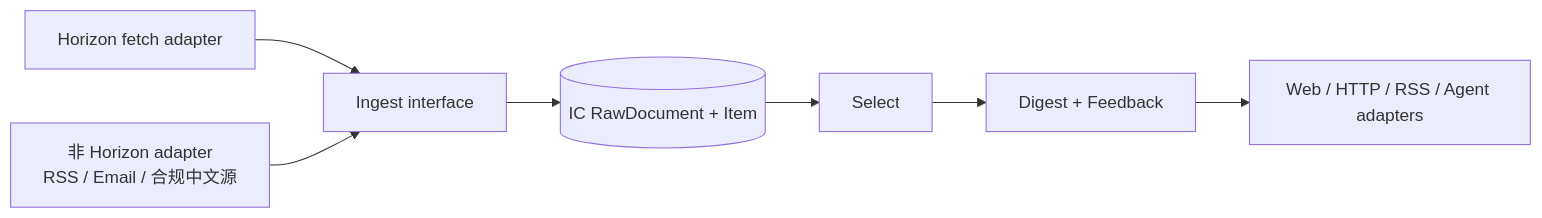
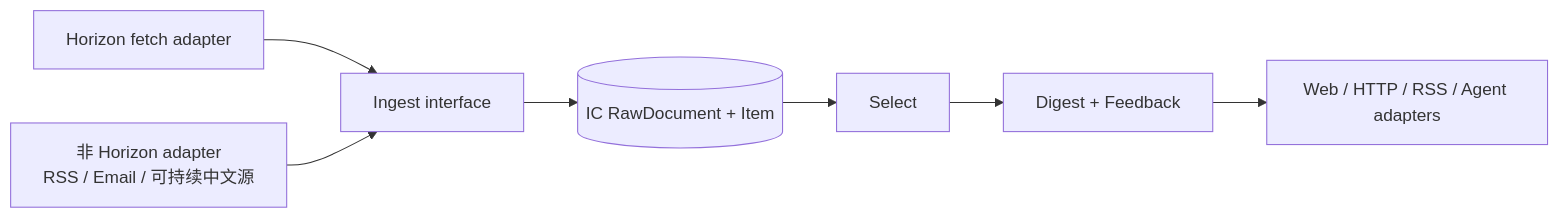
The diagram in docs/research/2026-08-19-platform-baseline.md (fxjzai/fxjzai-IC), drawn with Mermaid before and after one commit. The commit also changed 8 other files, not shown here.

````diff
--- a/docs/research/2026-08-19-platform-baseline.md
+++ b/docs/research/2026-08-19-platform-baseline.md
@@ -114,9 +114,9 @@
 ```mermaid
 flowchart LR
     H["Horizon fetch adapter"] --> I["Ingest interface"]
-    N["非 Horizon adapter\nRSS / Email / 合规中文源"] --> I
+    N["非 Horizon adapter\nRSS / Email / 可持续中文源"] --> I
     I --> D[("IC RawDocument + Item")]
     D --> S["Select"]
     S --> G["Digest + Feedback"]
     G --> O["Web / HTTP / RSS / Agent adapters"]
 ```
````
